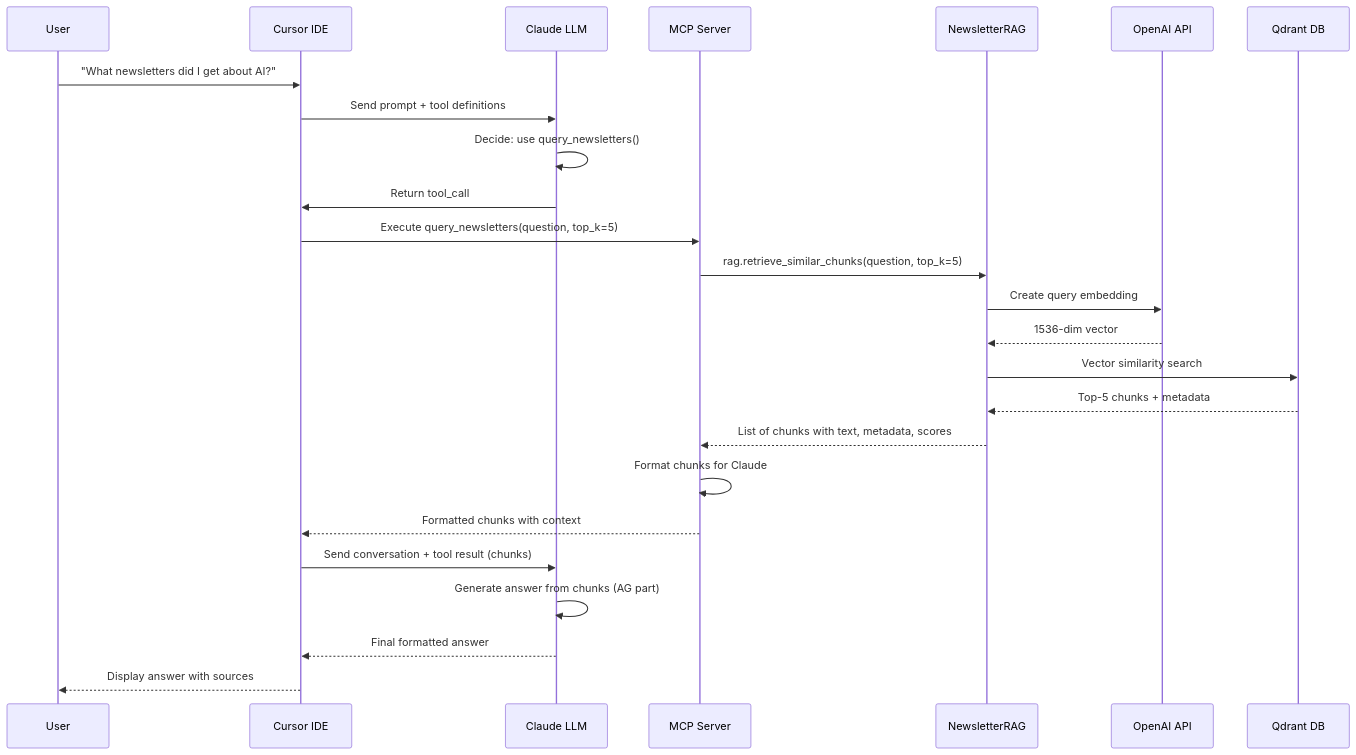
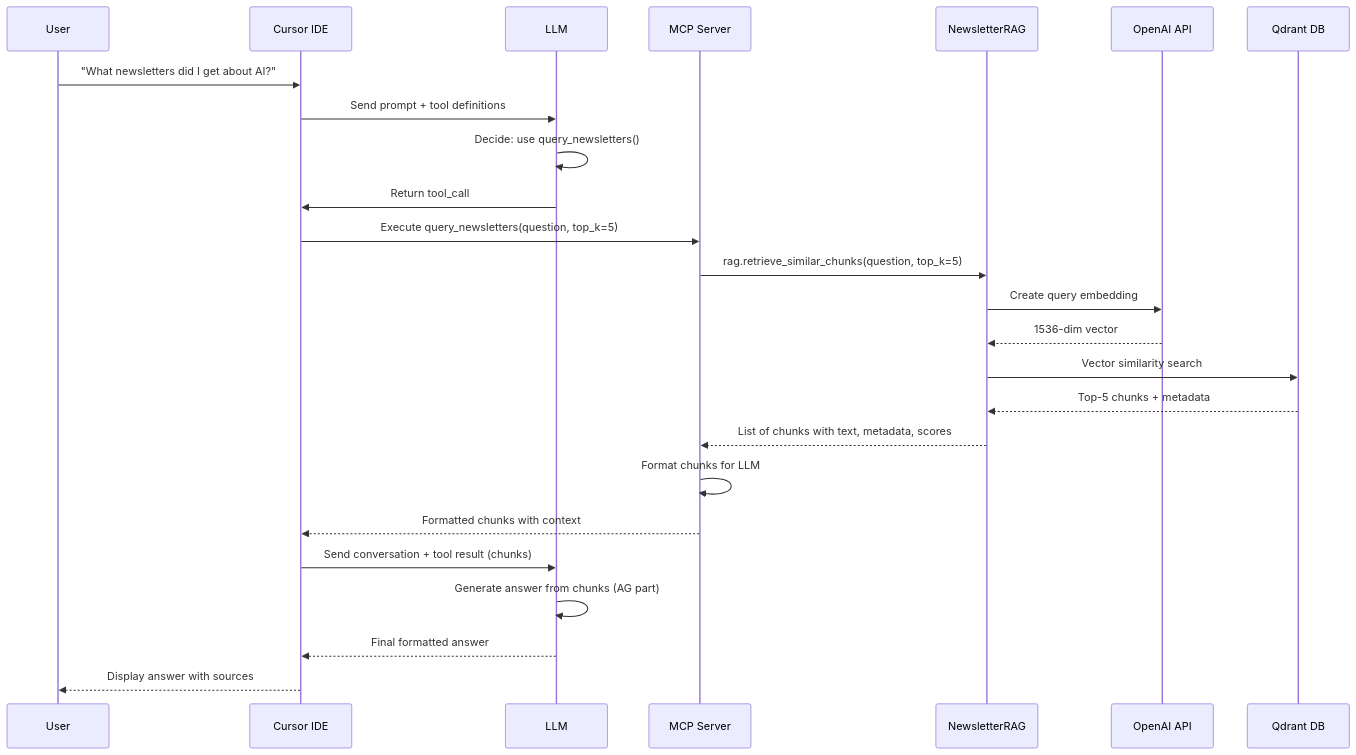
One commit to shahfazal/gmail-takeout-rag changed the diagram in docs/FLOW_DIAGRAM.md. Above: the diagram before and after it, drawn with Mermaid. The commit also changed other lines of this file, not shown here.

Commit message:
Fix Claude reference to more generic LLM

````diff
--- a/docs/FLOW_DIAGRAM.md
+++ b/docs/FLOW_DIAGRAM.md
@@ -828,31 +828,31 @@
 ```mermaid
 sequenceDiagram
     participant User
     participant Cursor as Cursor IDE
-    participant Claude as Claude LLM
+    participant LLM as LLM
     participant MCP as MCP Server
     participant RAG as NewsletterRAG
     participant OpenAI as OpenAI API
     participant Qdrant as Qdrant DB
 
     User->>Cursor: "What newsletters did I get about AI?"
-    Cursor->>Claude: Send prompt + tool definitions
-    Claude->>Claude: Decide: use query_newsletters()
-    Claude->>Cursor: Return tool_call
+    Cursor->>LLM: Send prompt + tool definitions
+    LLM->>LLM: Decide: use query_newsletters()
+    LLM->>Cursor: Return tool_call
     Cursor->>MCP: Execute query_newsletters(question, top_k=5)
     MCP->>RAG: rag.retrieve_similar_chunks(question, top_k=5)
     
     RAG->>OpenAI: Create query embedding
     OpenAI-->>RAG: 1536-dim vector
     
     RAG->>Qdrant: Vector similarity search
     Qdrant-->>RAG: Top-5 chunks + metadata
     
     RAG-->>MCP: List of chunks with text, metadata, scores
-    MCP->>MCP: Format chunks for Claude
+    MCP->>MCP: Format chunks for LLM
     MCP-->>Cursor: Formatted chunks with context
-    Cursor->>Claude: Send conversation + tool result (chunks)
-    Claude->>Claude: Generate answer from chunks (AG part)
-    Claude-->>Cursor: Final formatted answer
+    Cursor->>LLM: Send conversation + tool result (chunks)
+    LLM->>LLM: Generate answer from chunks (AG part)
+    LLM-->>Cursor: Final formatted answer
     Cursor-->>User: Display answer with sources
 ```
````
